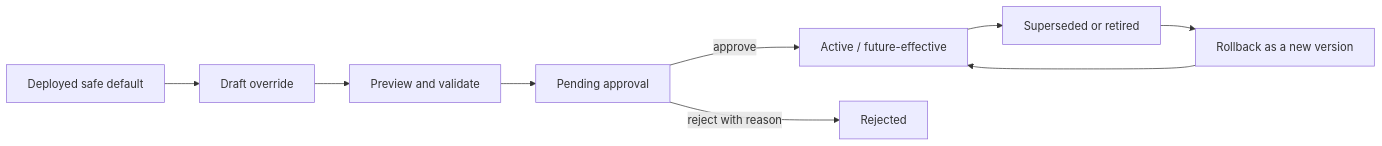
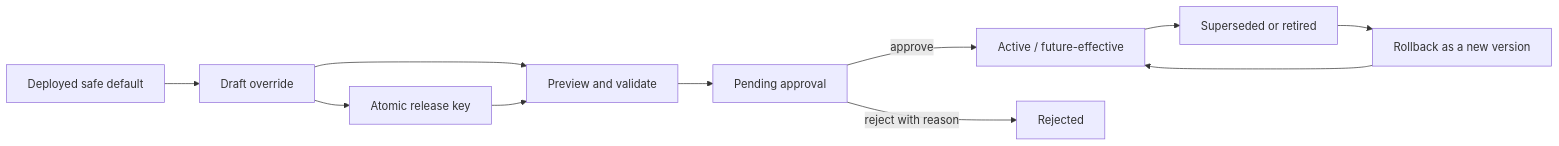
Before and after one commit to singhaditya21/exl-salesforce-coe-resource360: the diagram in docs/CONFIGURATION_CONTROL_MATRIX.md, drawn with Mermaid. The commit also changed other lines of this file and 65 other files, not shown here.

````diff
--- a/docs/CONFIGURATION_CONTROL_MATRIX.md
+++ b/docs/CONFIGURATION_CONTROL_MATRIX.md
@@ -11,11 +11,13 @@
 ```mermaid
 flowchart LR
     D["Deployed safe default"] --> W["Draft override"]
     W --> P["Preview and validate"]
     P --> S["Pending approval"]
     S -->|"approve"| A["Active / future-effective"]
     S -->|"reject with reason"| R["Rejected"]
     A --> N["Superseded or retired"]
     N --> B["Rollback as a new version"]
     B --> A
+    W --> K["Atomic release key"]
+    K --> P
 ```
````
